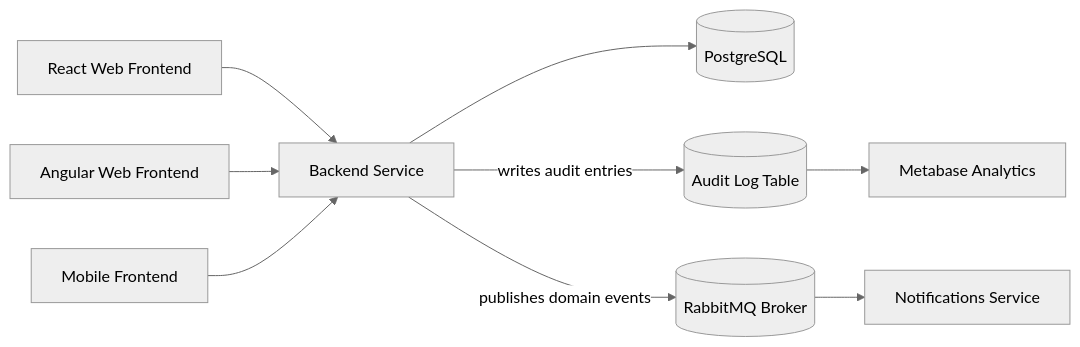
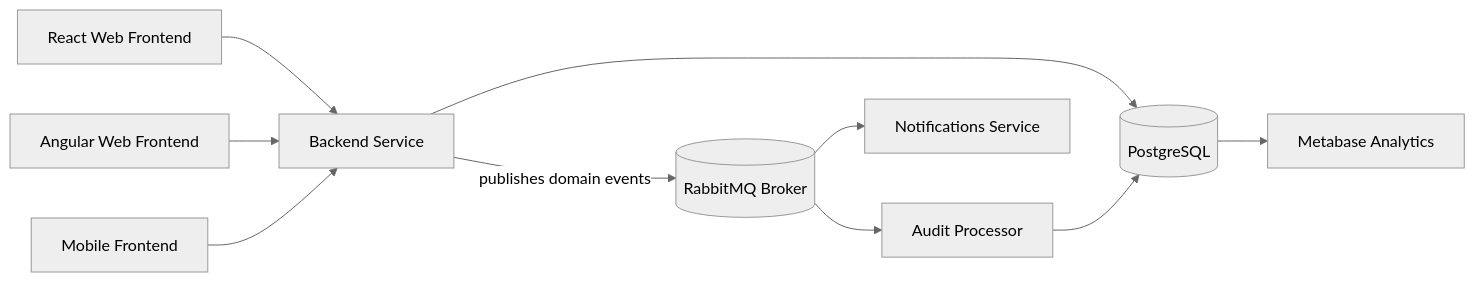
The diagram in docs/architecture.md (seanliebenberg/gifti-list), drawn with Mermaid (neutral theme) before and after one commit. The commit also changed other lines of this file and 4 other files, not shown here.

````diff
--- a/docs/architecture.md
+++ b/docs/architecture.md
@@ -2,21 +20,27 @@
 ```mermaid
 graph LR
 WebReact[React Web Frontend]
 WebAngular[Angular Web Frontend]
 Mobile[Mobile Frontend]
+
 Backend[Backend Service]
 DB[(PostgreSQL)]
-AuditDB[(Audit Log Table)]
 RabbitMQ[(RabbitMQ Broker)]
+
+AuditProcessor[Audit Processor]
 Notifications[Notifications Service]
 Metabase[Metabase Analytics]
 
 WebReact --> Backend
 WebAngular --> Backend
 Mobile --> Backend
+
 Backend --> DB
-Backend -->|writes audit entries| AuditDB
 Backend -->|publishes domain events| RabbitMQ
+
+RabbitMQ --> AuditProcessor
 RabbitMQ --> Notifications
-AuditDB --> Metabase
+
+AuditProcessor --> DB
+DB --> Metabase
 ```
````
